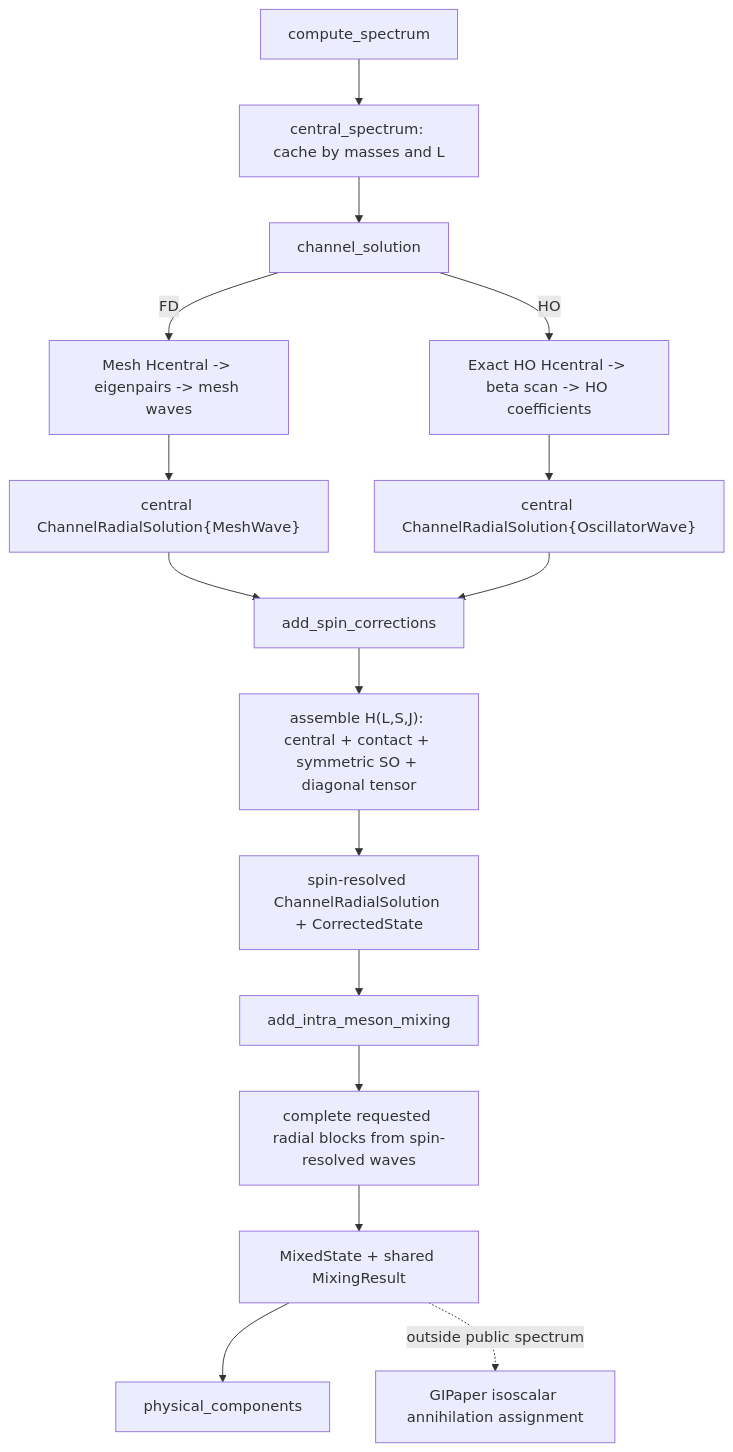
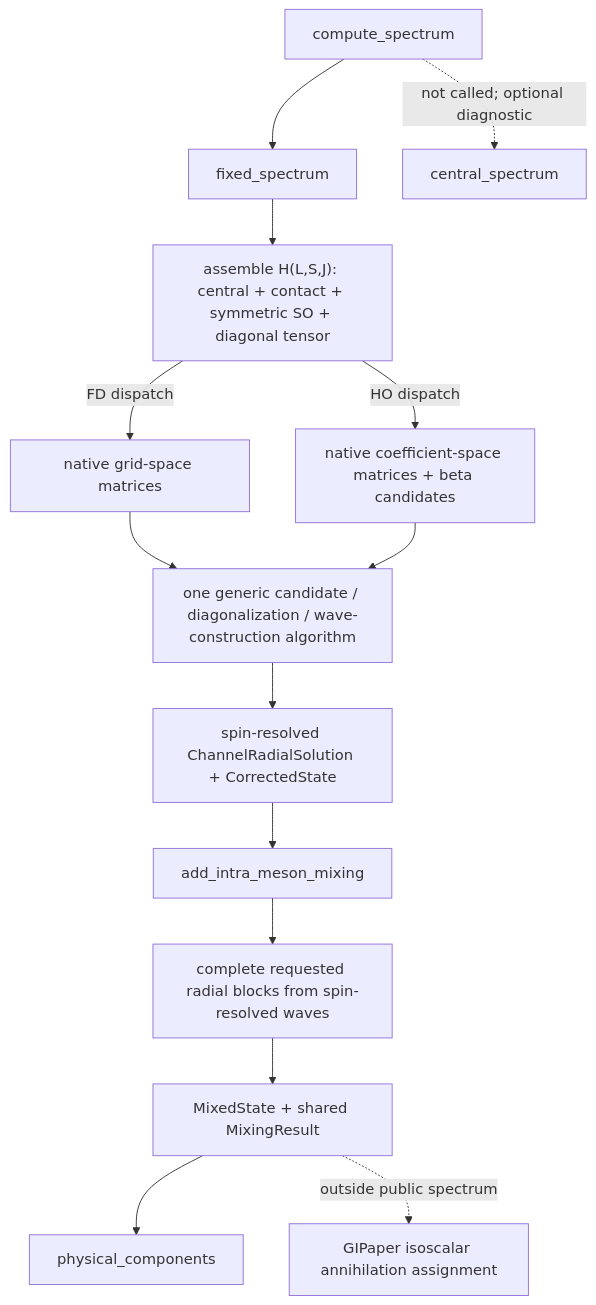
The second of 2 diagrams in docs/original_1985_algorithm_audit.md (mmikhasenko/GIModel.jl), drawn with Mermaid before and after one commit. The commit also changed other lines of this file and 24 other files, not shown here.

Commit message:
Simplify production spectrum and unify solver dispatch

````diff
--- a/docs/original_1985_algorithm_audit.md
+++ b/docs/original_1985_algorithm_audit.md
@@ -118,18 +118,16 @@
 ```mermaid
 flowchart TD
-    C["compute_spectrum"] --> CS["central_spectrum: cache by masses and L"]
-    CS --> CH["channel_solution"]
-    CH -->|"FD"| FD["Mesh Hcentral -> eigenpairs -> mesh waves"]
-    CH -->|"HO"| HO["Exact HO Hcentral -> beta scan -> HO coefficients"]
-    FD --> CC["central ChannelRadialSolution{MeshWave}"]
-    HO --> HC["central ChannelRadialSolution{OscillatorWave}"]
-    CC --> AC["add_spin_corrections"]
-    HC --> AC
-    AC --> FH["assemble H(L,S,J): central + contact + symmetric SO + diagonal tensor"]
-    FH --> COR["spin-resolved ChannelRadialSolution + CorrectedState"]
+    C["compute_spectrum"] --> FS["fixed_spectrum"]
+    C -. "not called; optional diagnostic" .-> CS["central_spectrum"]
+    FS --> FH["assemble H(L,S,J): central + contact + symmetric SO + diagonal tensor"]
+    FH -->|"FD dispatch"| FD["native grid-space matrices"]
+    FH -->|"HO dispatch"| HO["native coefficient-space matrices + beta candidates"]
+    FD --> D["one generic candidate / diagonalization / wave-construction algorithm"]
+    HO --> D
+    D --> COR["spin-resolved ChannelRadialSolution + CorrectedState"]
     COR --> IM["add_intra_meson_mixing"]
     IM --> MX["complete requested radial blocks from spin-resolved waves"]
     MX --> MS["MixedState + shared MixingResult"]
     MS --> PC["physical_components"]
     MS -. "outside public spectrum" .-> AN["GIPaper isoscalar annihilation assignment"]
 ```
````
